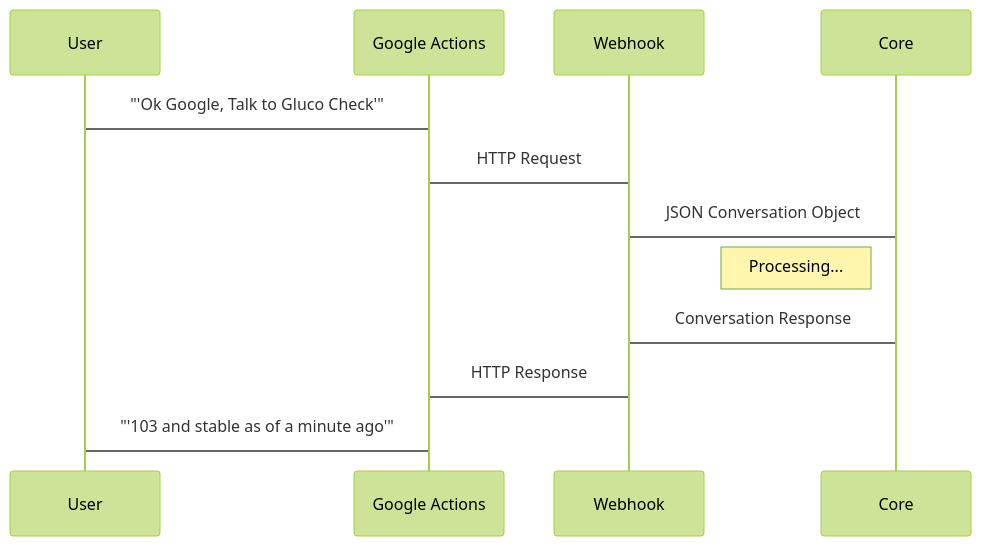
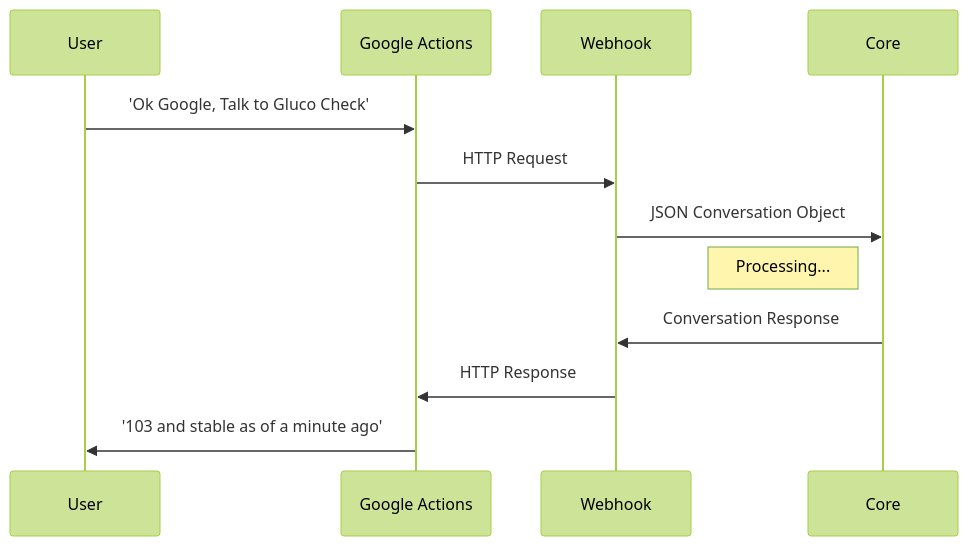
Before and after one commit to nielsmaerten/gluco-check: the first of 3 diagrams in CONTRIBUTING.md, drawn with Mermaid (forest theme). The commit also changed other lines of this file, not shown here.

````diff
--- a/CONTRIBUTING.md
+++ b/CONTRIBUTING.md
@@ -88,10 +88,10 @@
 ```mermaid
 sequenceDiagram
-User->Google Actions: "'Ok Google, Talk to Gluco Check'"
-Google Actions->Webhook: HTTP Request
-Webhook->Core: JSON Conversation Object
+User->>Google Actions: 'Ok Google, Talk to Gluco Check'
+Google Actions->>Webhook: HTTP Request
+Webhook->>Core: JSON Conversation Object
 Note left of Core: Processing...
-Core->Webhook: Conversation Response
-Webhook->Google Actions: HTTP Response
-Google Actions->User: "'103 and stable as of a minute ago'"
+Core->>Webhook: Conversation Response
+Webhook->>Google Actions: HTTP Response
+Google Actions->>User: '103 and stable as of a minute ago'
 ```
````
